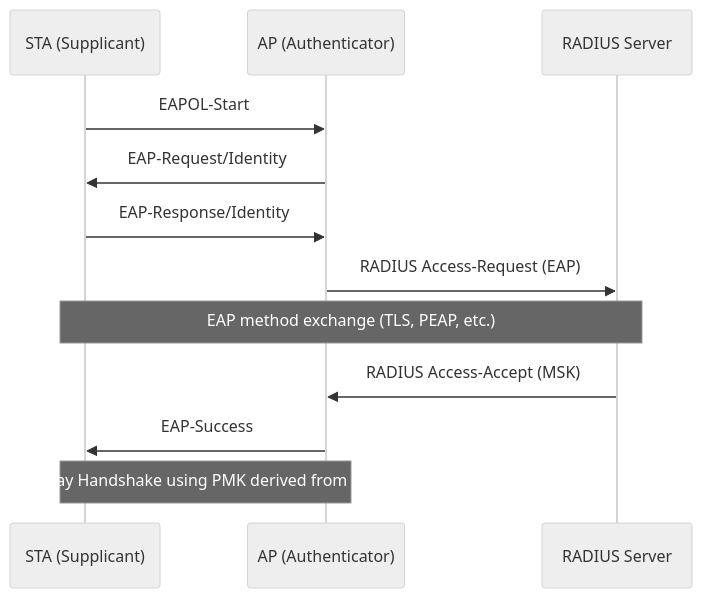
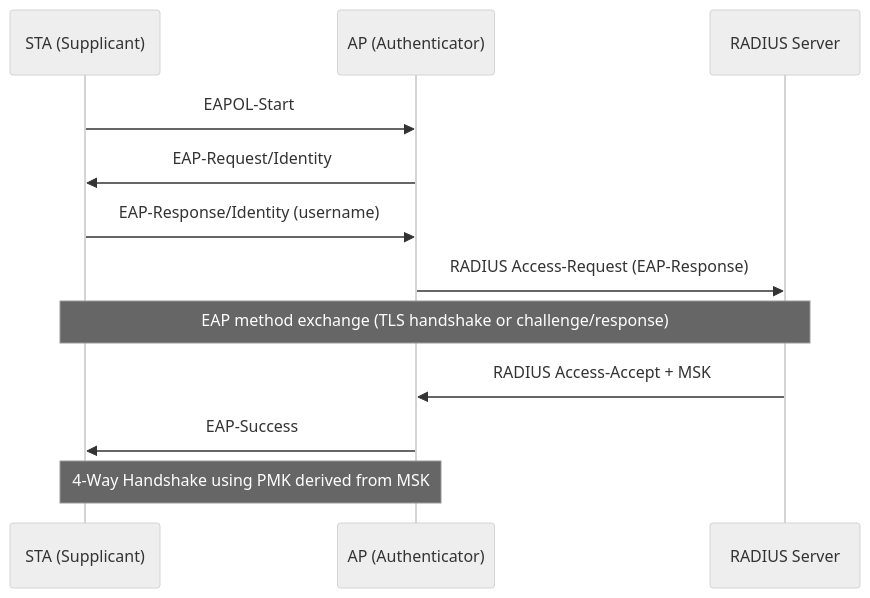
The diagram in docs/protocol/enterprise-family.md (StrongWind1/WiFi_Cracking), drawn with Mermaid (neutral theme) before and after one commit. The commit also changed other lines of this file and 7 other files, not shown here.

````diff
--- a/docs/protocol/enterprise-family.md
+++ b/docs/protocol/enterprise-family.md
@@ -11,15 +17,15 @@
 ```mermaid
 sequenceDiagram
     participant STA as STA (Supplicant)
     participant AP as AP (Authenticator)
     participant RS as RADIUS Server
 
     STA->>AP: EAPOL-Start
     AP->>STA: EAP-Request/Identity
-    STA->>AP: EAP-Response/Identity
-    AP->>RS: RADIUS Access-Request (EAP)
-    Note over STA,RS: EAP method exchange (TLS, PEAP, etc.)
-    RS->>AP: RADIUS Access-Accept (MSK)
+    STA->>AP: EAP-Response/Identity (username)
+    AP->>RS: RADIUS Access-Request (EAP-Response)
+    Note over STA,RS: EAP method exchange (TLS handshake or challenge/response)
+    RS->>AP: RADIUS Access-Accept + MSK
     AP->>STA: EAP-Success
     Note over AP,STA: 4-Way Handshake using PMK derived from MSK
 ```
````
